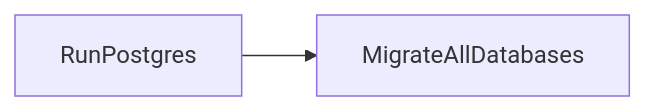
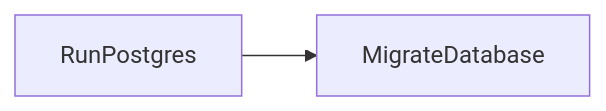
One commit to ksitarek/heartbeat changed the first of 2 diagrams in docs/Build.md. Above: the diagram before and after it, drawn with Mermaid. The commit also changed other lines of this file and 8 other files, not shown here.

````diff
--- a/docs/Build.md
+++ b/docs/Build.md
@@ -14,4 +14,4 @@
 ```mermaid
 graph LR
-	RunPostgres --> MigrateAllDatabases
+	RunPostgres --> MigrateDatabase
 ```
````
